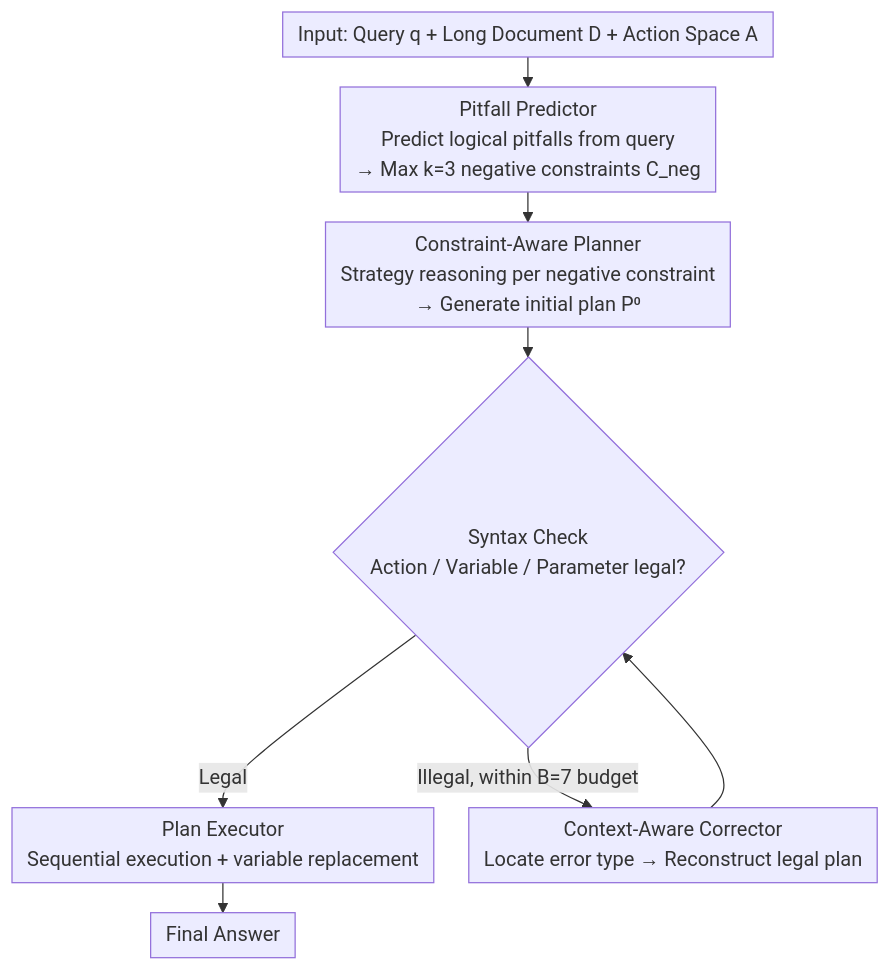
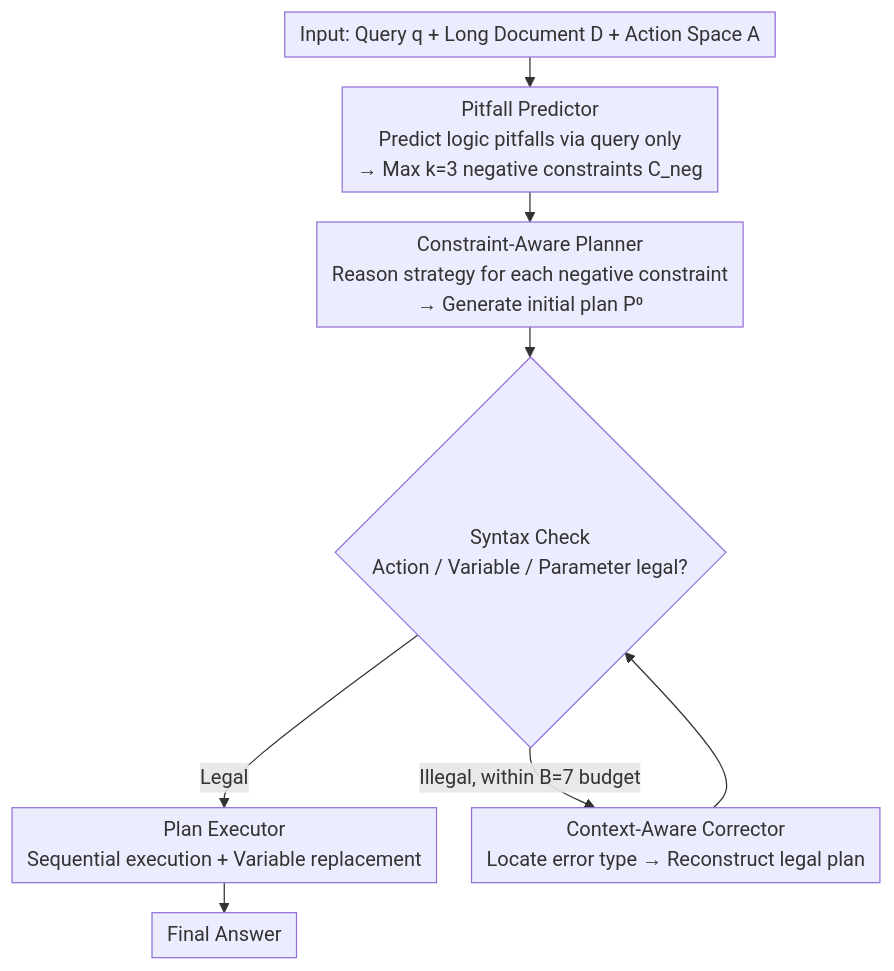
The diagram in docs/ACL2026/llm_reasoning/ppa-plan_proactive_pitfall_avoidance_for_reliable_planning_in_long-context_llm_r.md (zhaoyang97/Paper-Notes-en), drawn with Mermaid before and after one commit. The commit also changed other lines of this file and 5084 other files, not shown here.

````diff
--- a/docs/ACL2026/llm_reasoning/ppa-plan_proactive_pitfall_avoidance_for_reliable_planning_in_long-context_llm_r.md
+++ b/docs/ACL2026/llm_reasoning/ppa-plan_proactive_pitfall_avoidance_for_reliable_planning_in_long-context_llm_r.md
@@ -44,11 +44,11 @@
 ```mermaid
 %%{init: {'flowchart': {'rankSpacing': 24, 'nodeSpacing': 28, 'padding': 6, 'wrappingWidth': 400}}}%%
 flowchart TD
-    A["Input: Query q + Long Document D + Action Space A"] --> B["Pitfall Predictor<br/>Predict logical pitfalls from query<br/>→ Max k=3 negative constraints C_neg"]
-    B --> C["Constraint-Aware Planner<br/>Strategy reasoning per negative constraint<br/>→ Generate initial plan P⁰"]
+    A["Input: Query q + Long Document D + Action Space A"] --> B["Pitfall Predictor<br/>Predict logic pitfalls via query only<br/>→ Max k=3 negative constraints C_neg"]
+    B --> C["Constraint-Aware Planner<br/>Reason strategy for each negative constraint<br/>→ Generate initial plan P⁰"]
     C --> D{"Syntax Check<br/>Action / Variable / Parameter legal?"}
-    D -->|Legal| E["Plan Executor<br/>Sequential execution + variable replacement"]
+    D -->|Legal| E["Plan Executor<br/>Sequential execution + Variable replacement"]
     D -->|Illegal, within B=7 budget| F["Context-Aware Corrector<br/>Locate error type → Reconstruct legal plan"]
     F --> D
     E --> G["Final Answer"]
 ```
````
